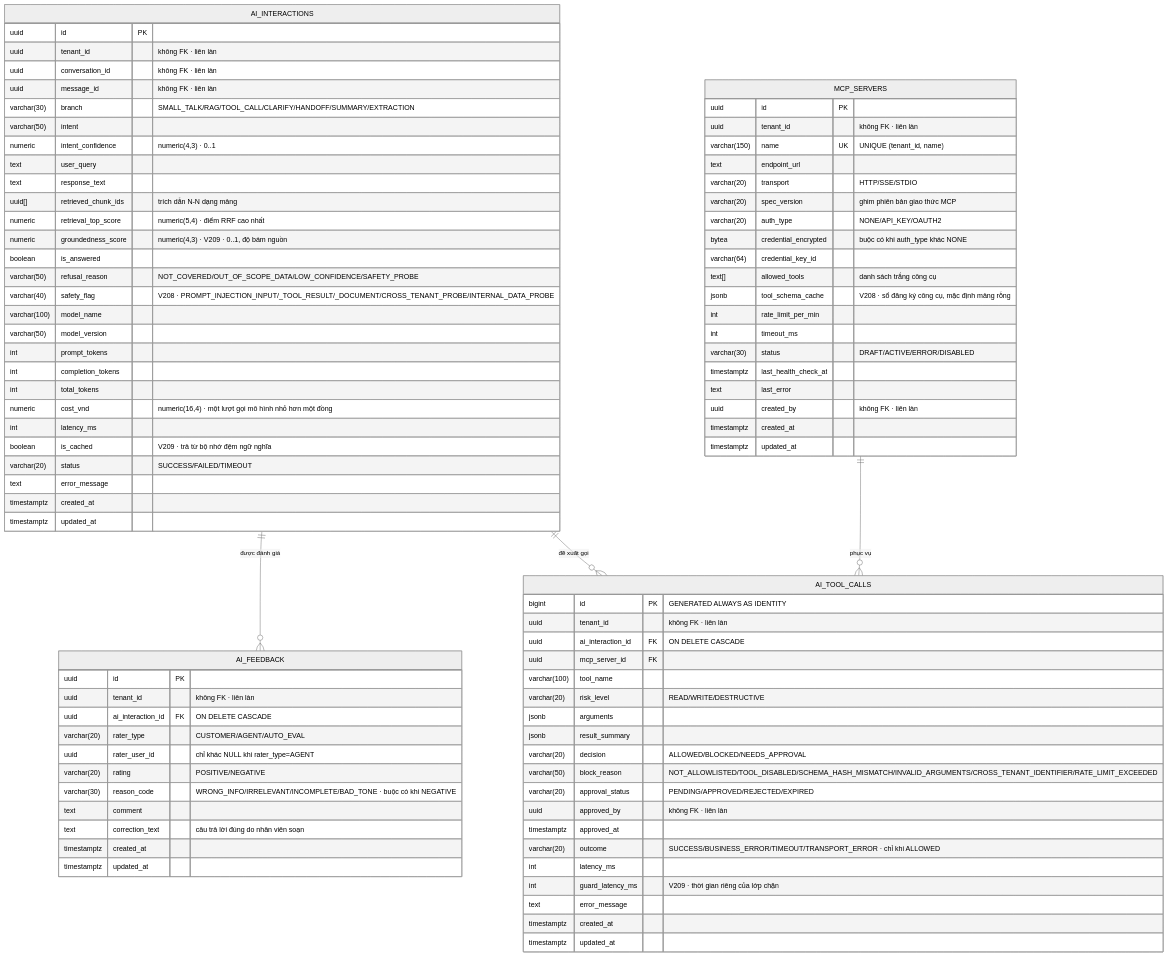
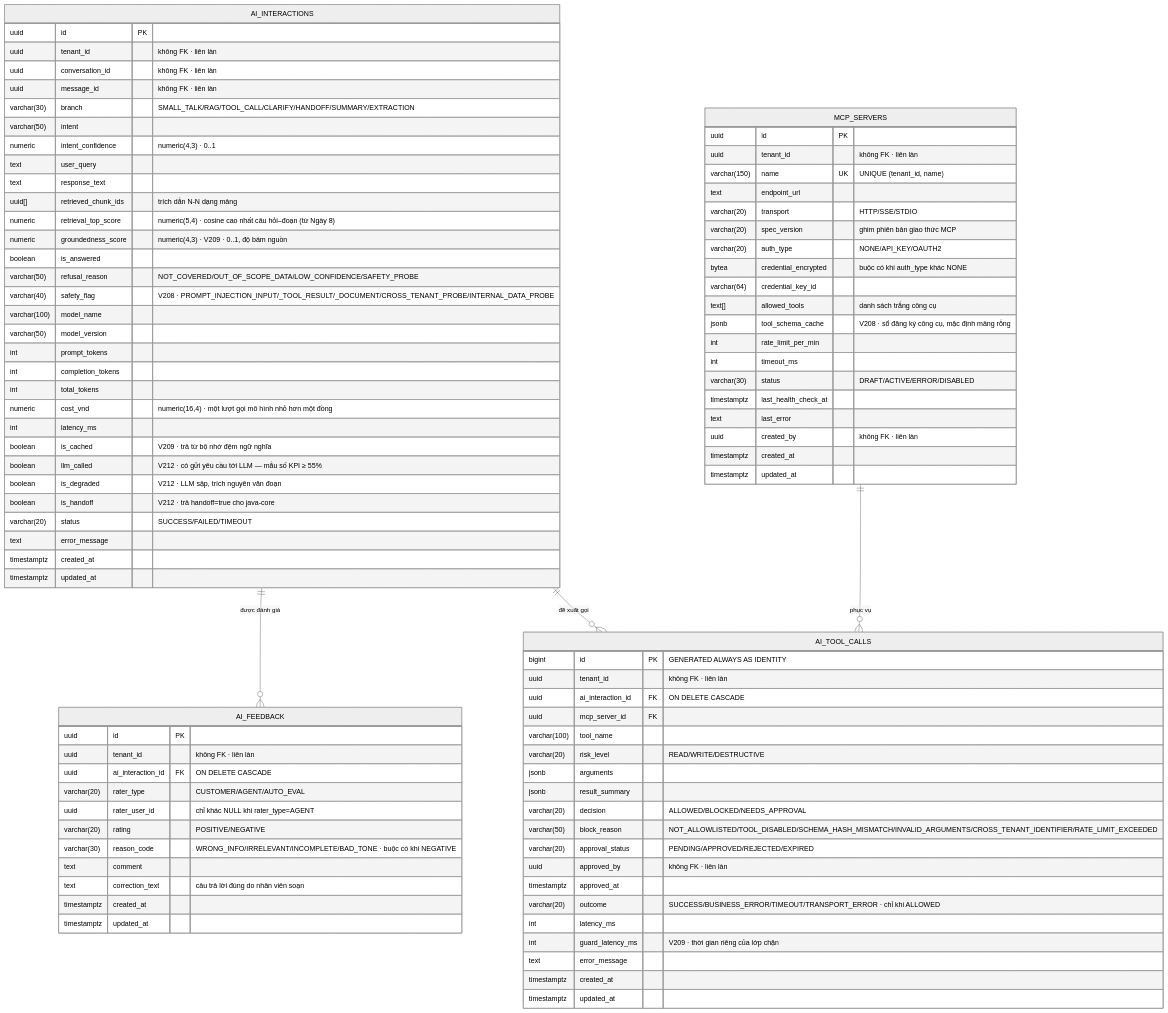
One commit to KhanhLanBui03/ai-crm-chatbot-platform changed the eighth of 10 diagrams in docs/erd-mermaid.md. Above: the diagram before and after it, drawn with Mermaid (neutral theme). The commit also changed other lines of this file and 14 other files, not shown here.

```diff
--- a/docs/erd-mermaid.md
+++ b/docs/erd-mermaid.md
@@ -555,7 +557,7 @@
         text          user_query
         text          response_text
         uuid[]        retrieved_chunk_ids    "trích dẫn N-N dạng mảng"
-        numeric       retrieval_top_score    "numeric(5,4) · điểm RRF cao nhất"
+        numeric       retrieval_top_score    "numeric(5,4) · cosine cao nhất câu hỏi–đoạn (từ Ngày 8)"
         numeric       groundedness_score     "numeric(4,3) · V209 · 0..1, độ bám nguồn"
         boolean       is_answered
         varchar(50)   refusal_reason         "NOT_COVERED/OUT_OF_SCOPE_DATA/LOW_CONFIDENCE/SAFETY_PROBE"
@@ -568,6 +570,9 @@
         numeric       cost_vnd               "numeric(16,4) · một lượt gọi mô hình nhỏ hơn một đồng"
         int           latency_ms
         boolean       is_cached              "V209 · trả từ bộ nhớ đệm ngữ nghĩa"
+        boolean       llm_called             "V212 · có gửi yêu cầu tới LLM — mẫu số KPI ≥ 55%"
+        boolean       is_degraded            "V212 · LLM sập, trích nguyên văn đoạn"
+        boolean       is_handoff             "V212 · trả handoff=true cho java-core"
         varchar(20)   status                 "SUCCESS/FAILED/TIMEOUT"
         text          error_message
         timestamptz   created_at
```
